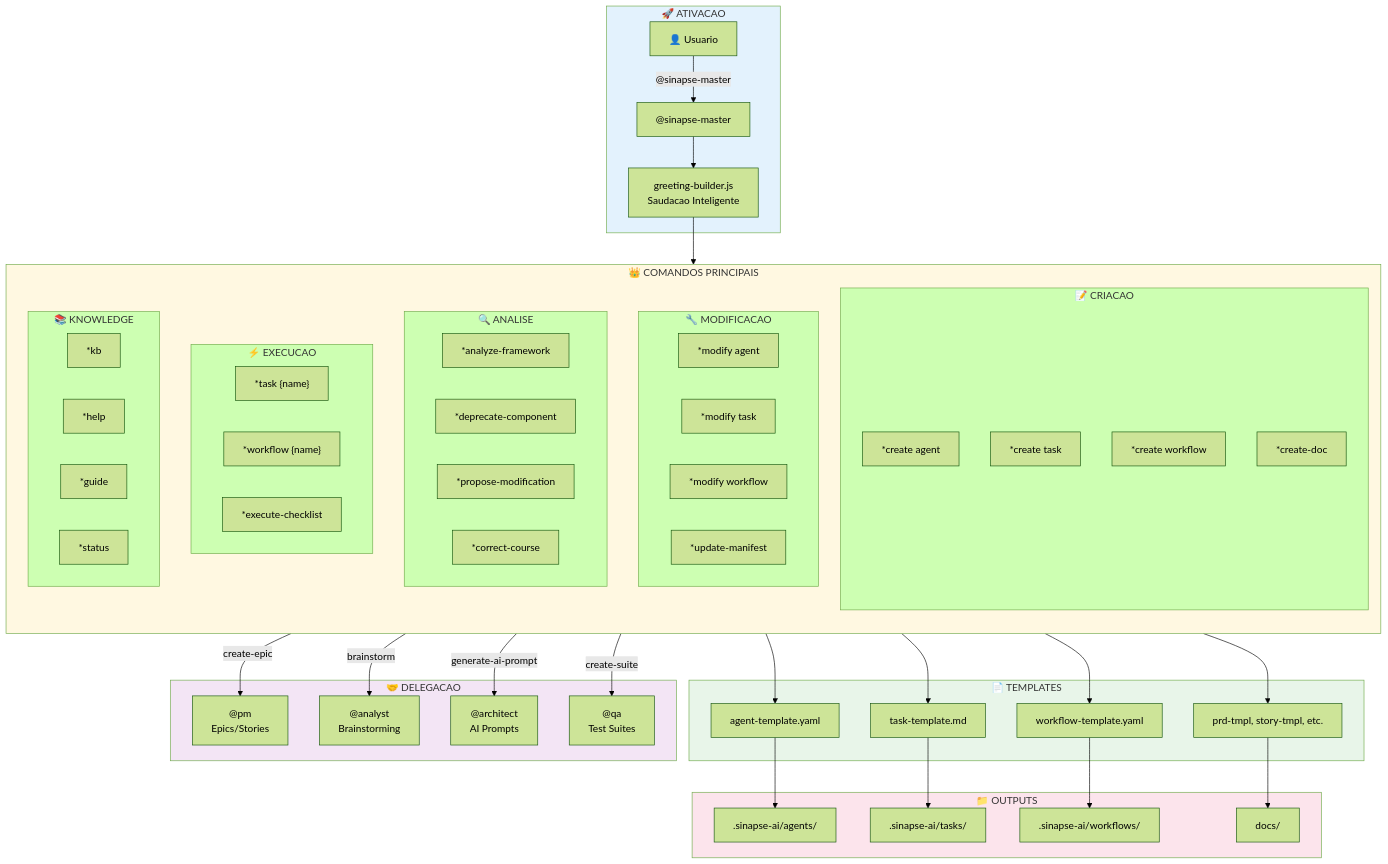
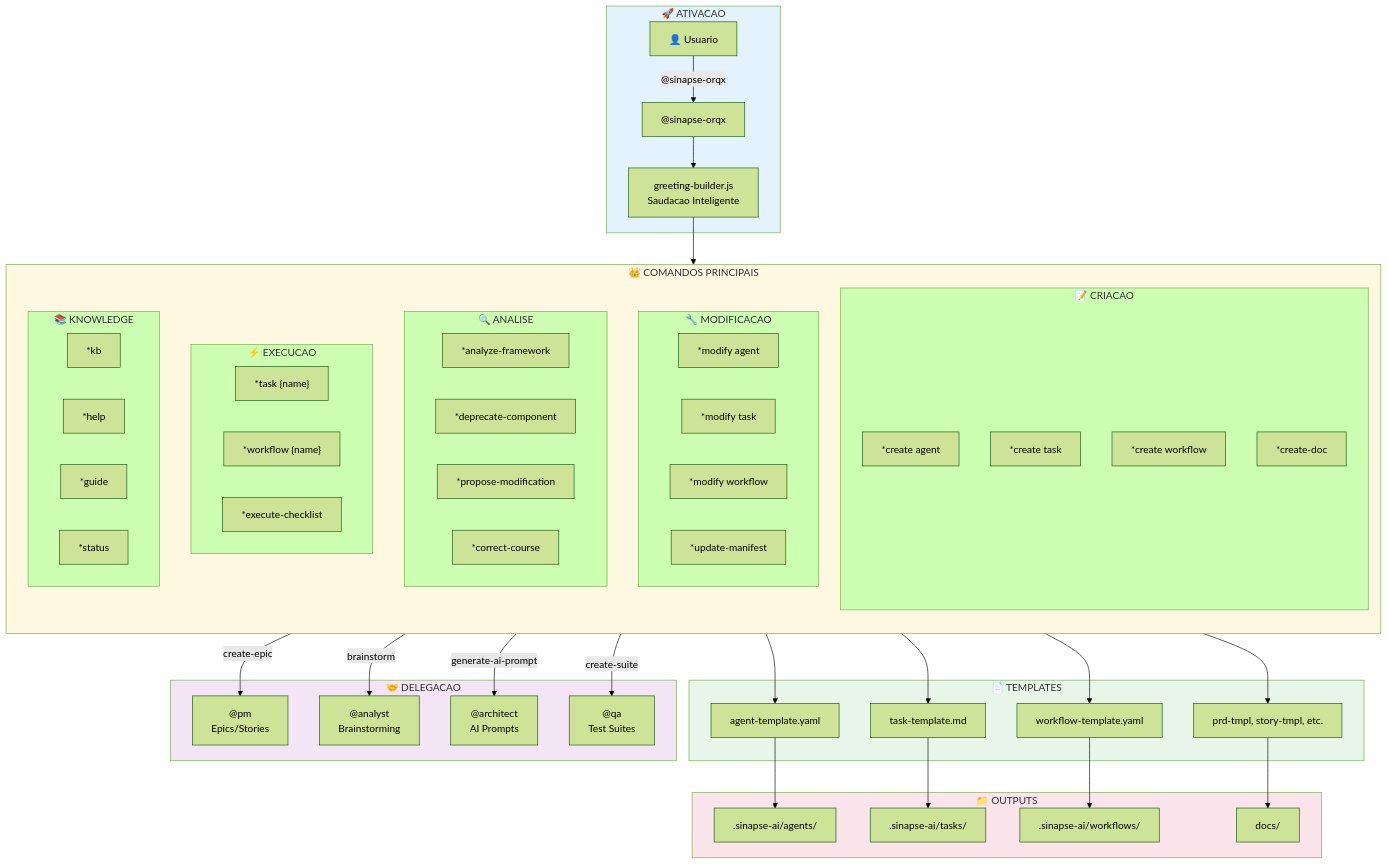
Before and after one commit to caioimori/sinapse-ai: the first of 3 diagrams in docs/guides/agents/SINAPSE-MASTER-SYSTEM.md, drawn with Mermaid (forest theme). The commit also changed other lines of this file and 873 other files, not shown here.

```diff
--- a/docs/guides/agents/SINAPSE-MASTER-SYSTEM.md
+++ b/docs/guides/agents/SINAPSE-MASTER-SYSTEM.md
@@ -133,11 +133,11 @@
 flowchart TB
     subgraph ACTIVATION["🚀 ATIVACAO"]
         USER["👤 Usuario"]
-        ACTIVATE["@sinapse-master"]
+        ACTIVATE["@sinapse-orqx"]
         GREETING["greeting-builder.js<br/>Saudacao Inteligente"]
     end
 
-    USER -->|"@sinapse-master"| ACTIVATE
+    USER -->|"@sinapse-orqx"| ACTIVATE
     ACTIVATE --> GREETING
 
     subgraph COMMANDS["👑 COMANDOS PRINCIPAIS"]
```
